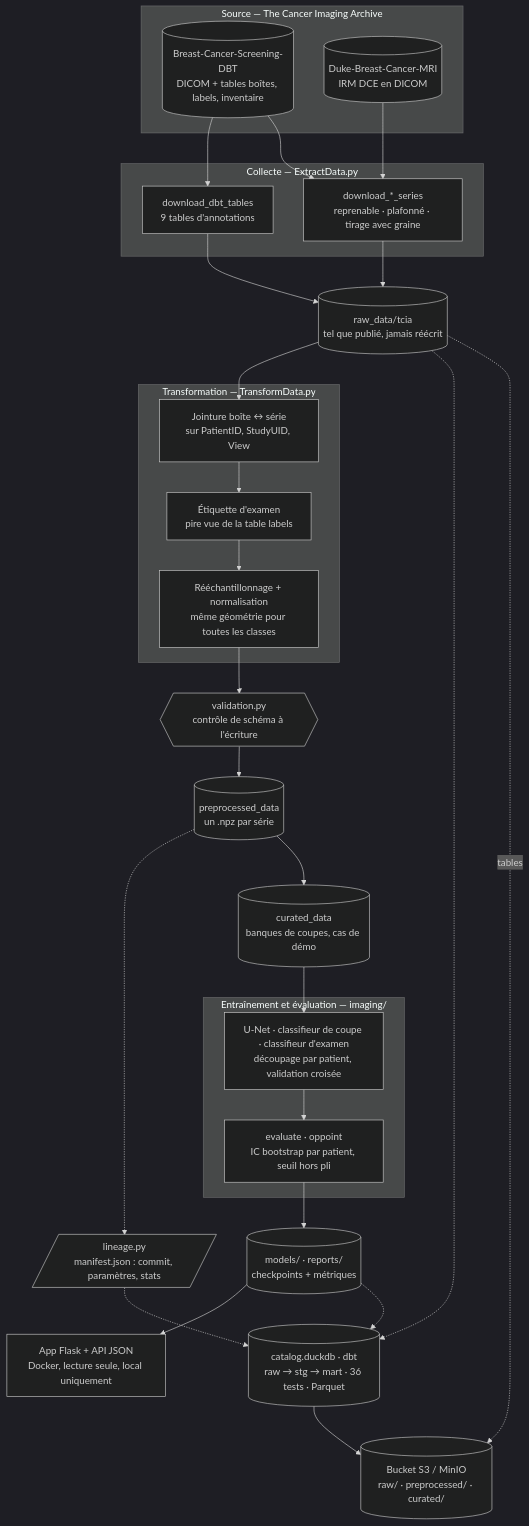
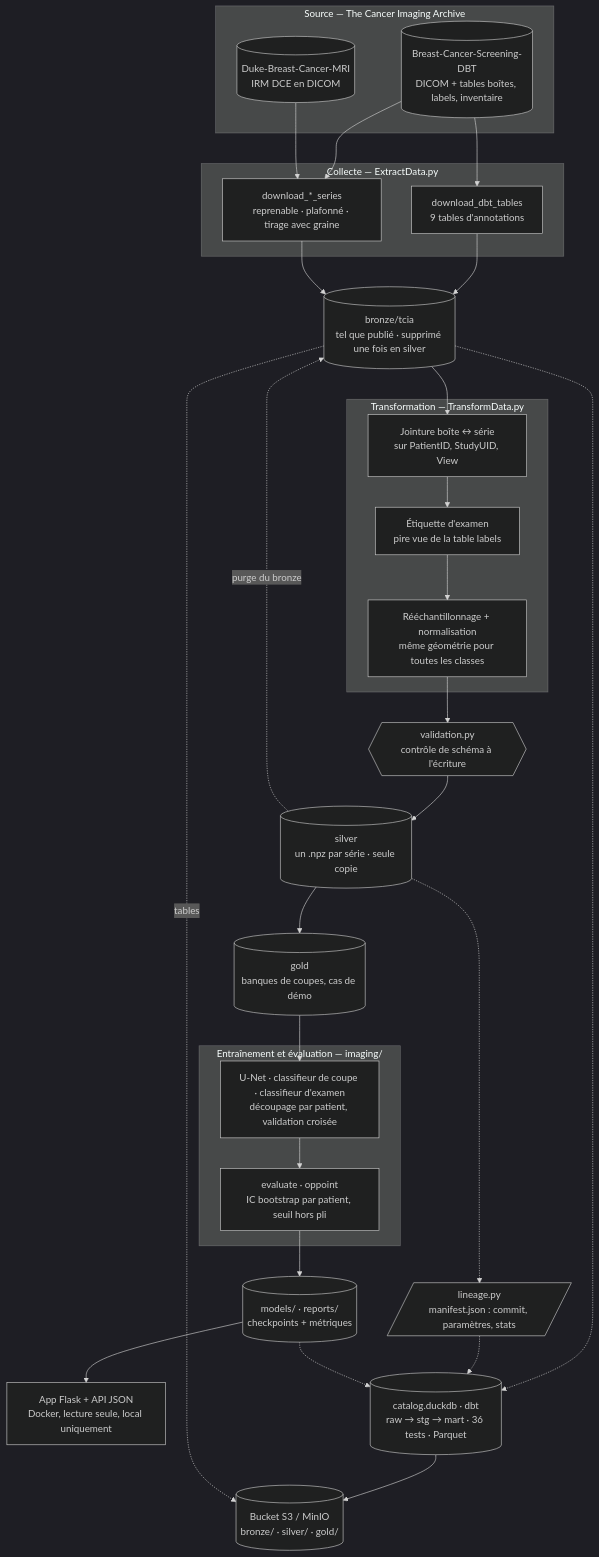
One commit to Elias-Ouafi/breastcancer changed the diagram in README.md. Above: the diagram before and after it, drawn with Mermaid (dark theme). The commit also changed other lines of this file and 49 other files, not shown here.

````diff
--- a/README.md
+++ b/README.md
@@ -68,51 +68,52 @@
 ```mermaid
 flowchart TB
     subgraph SRC["Source — The Cancer Imaging Archive"]
         DBT[("Breast-Cancer-Screening-DBT<br/>DICOM + tables boîtes, labels, inventaire")]
         MRI[("Duke-Breast-Cancer-MRI<br/>IRM DCE en DICOM")]
     end
 
     subgraph EXTRACT["Collecte — ExtractData.py"]
         TABLES["download_dbt_tables<br/>9 tables d'annotations"]
         SERIES["download_*_series<br/>reprenable · plafonné · tirage avec graine"]
     end
 
-    RAW[("raw_data/tcia<br/>tel que publié, jamais réécrit")]
+    RAW[("bronze/tcia<br/>tel que publié · supprimé une fois en silver")]
 
     subgraph TRANSFORM["Transformation — TransformData.py"]
         JOIN["Jointure boîte ↔ série<br/>sur PatientID, StudyUID, View"]
         LABEL["Étiquette d'examen<br/>pire vue de la table labels"]
         GEOM["Rééchantillonnage + normalisation<br/>même géométrie pour toutes les classes"]
     end
 
     VALID{{"validation.py<br/>contrôle de schéma à l'écriture"}}
     LINEAGE[/"lineage.py<br/>manifest.json : commit, paramètres, stats"/]
-    PRE[("preprocessed_data<br/>un .npz par série")]
-    CUR[("curated_data<br/>banques de coupes, cas de démo")]
+    PRE[("silver<br/>un .npz par série · seule copie")]
+    CUR[("gold<br/>banques de coupes, cas de démo")]
 
     subgraph ML["Entraînement et évaluation — imaging/"]
         TRAIN["U-Net · classifieur de coupe · classifieur d'examen<br/>découpage par patient, validation croisée"]
         EVAL["evaluate · oppoint<br/>IC bootstrap par patient, seuil hors pli"]
     end
 
     ART[("models/ · reports/<br/>checkpoints + métriques")]
     APP["App Flask + API JSON<br/>Docker, lecture seule, local uniquement"]
     CAT[("catalog.duckdb · dbt<br/>raw → stg → mart · 36 tests · Parquet")]
-    S3[("Bucket S3 / MinIO<br/>raw/ · preprocessed/ · curated/")]
+    S3[("Bucket S3 / MinIO<br/>bronze/ · silver/ · gold/")]
 
     DBT --> TABLES
     DBT --> SERIES
     MRI --> SERIES
     TABLES --> RAW
     SERIES --> RAW
     RAW --> JOIN --> LABEL --> GEOM
     GEOM --> VALID --> PRE
+    PRE -.->|"purge du bronze"| RAW
     PRE -.-> LINEAGE
     PRE --> CUR --> TRAIN --> EVAL --> ART
     ART --> APP
     RAW -.-> CAT
     LINEAGE -.-> CAT
     ART -.-> CAT
     CAT --> S3
     RAW -.->|tables| S3
 ```
````
